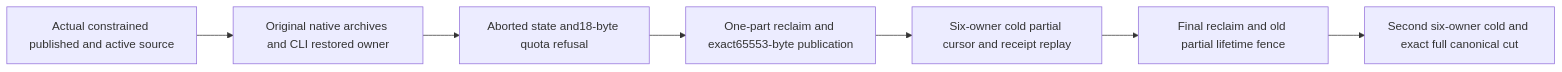
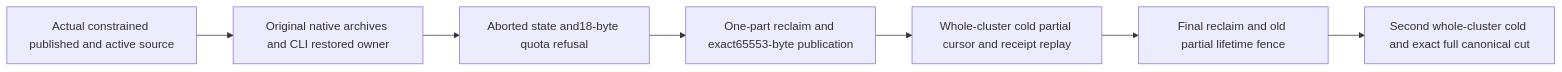
One commit to managedcode/KeyLoad changed the diagram in docs/Features/BlobStorage/RestoredBoundedReclamation.md. Above: the diagram before and after it, drawn with Mermaid. The commit also changed other lines of this file and 7356 other files, not shown here.

````diff
--- a/docs/Features/BlobStorage/RestoredBoundedReclamation.md
+++ b/docs/Features/BlobStorage/RestoredBoundedReclamation.md
@@ -11,9 +11,9 @@
 ```mermaid
 flowchart LR
  A[Actual constrained published and active source] --> B[Original native archives and CLI restored owner]
  B --> C[Aborted state and18-byte quota refusal]
  C --> D[One-part reclaim and exact65553-byte publication]
- D --> E[Six-owner cold partial cursor and receipt replay]
+ D --> E[Whole-cluster cold partial cursor and receipt replay]
  E --> F[Final reclaim and old partial lifetime fence]
- F --> G[Second six-owner cold and exact full canonical cut]
+ F --> G[Second whole-cluster cold and exact full canonical cut]
 ```
````
